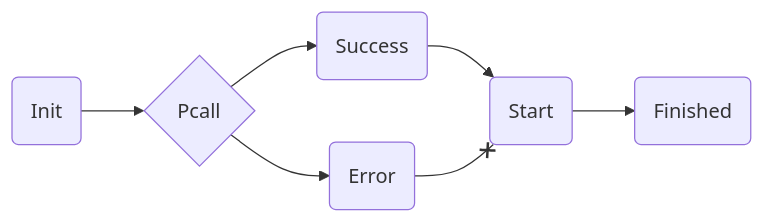
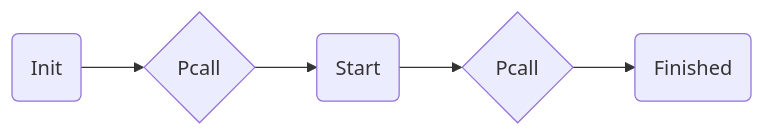
Before and after one commit to luminlabsdev/framework: the first of 2 diagrams in docs/guides/controllers.md, drawn with Mermaid. The commit also changed other lines of this file and 16 other files, not shown here.

````diff
--- a/docs/guides/controllers.md
+++ b/docs/guides/controllers.md
@@ -37,8 +37,6 @@
 ```mermaid
 flowchart LR
-    A(Init) --> B{Pcall} --> C(Success) & D(Error)
-    E(Start)
-    C --> E
-    D --x E
-    E --> F(Finished)
+    A(Init) --> B{Pcall} -->
+    C(Start) --> D{Pcall} -->
+    F(Finished)
 ```
````
